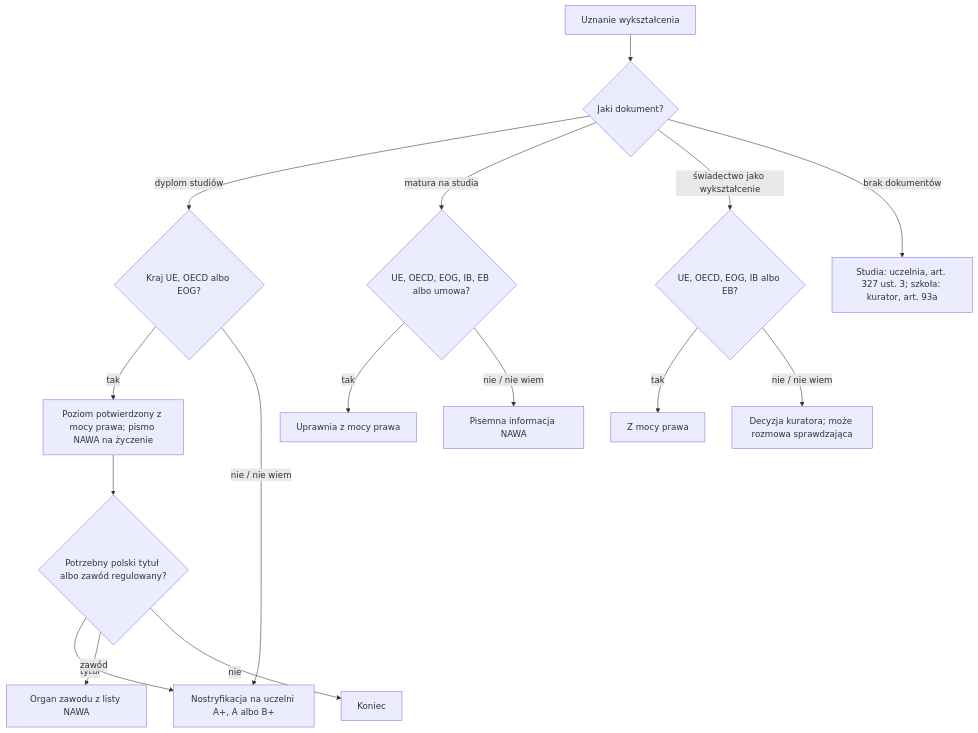
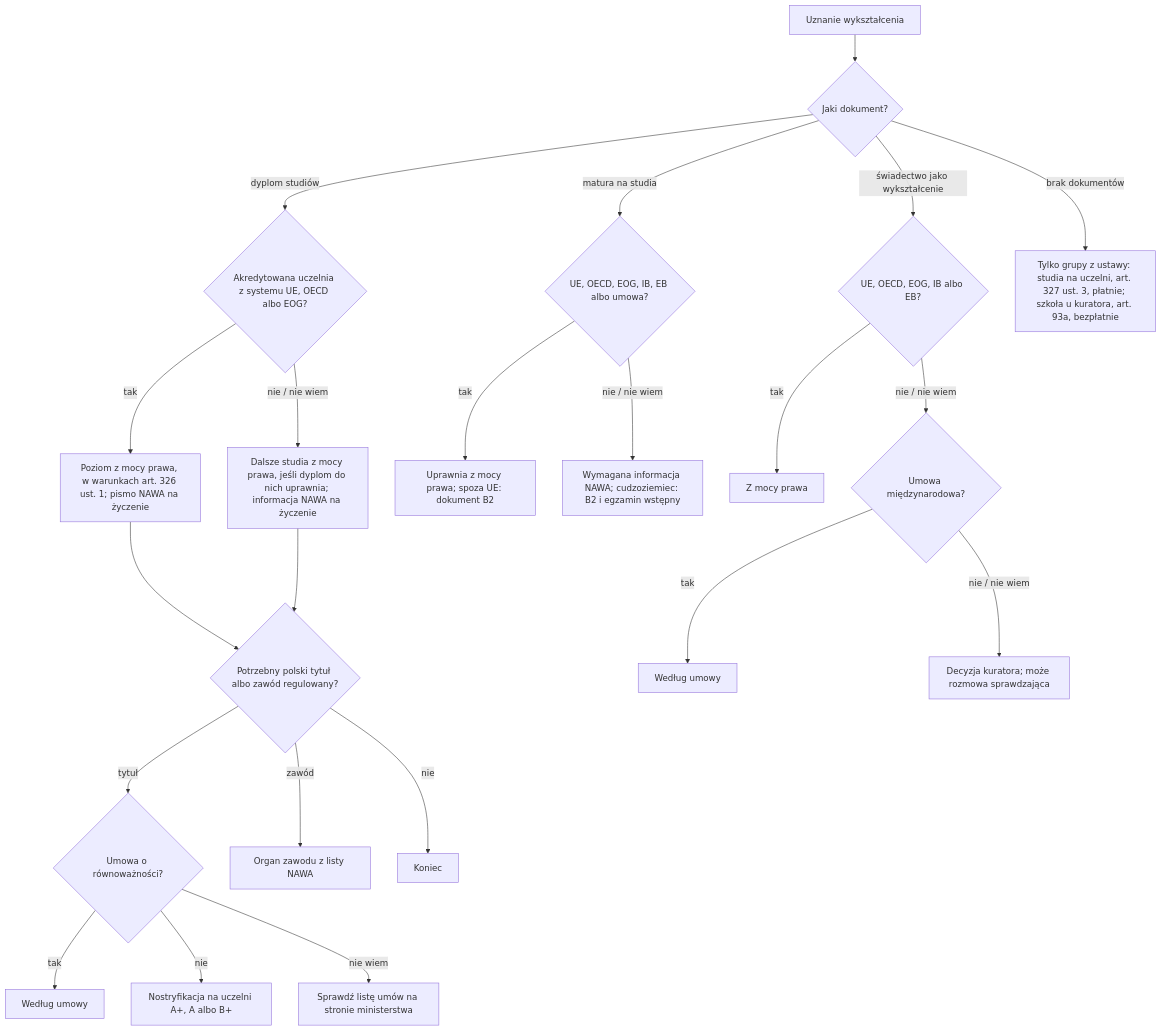
The diagram in docs/formalka-next/maps/recognition.md (wrzalkosowskilukaszz/formalka-next), drawn with Mermaid before and after one commit. The commit also changed other lines of this file and 8 other files, not shown here.

````diff
--- a/docs/formalka-next/maps/recognition.md
+++ b/docs/formalka-next/maps/recognition.md
@@ -107,18 +113,24 @@
 ```mermaid
 flowchart TD
   A[Uznanie wykształcenia] --> B{Jaki dokument?}
-  B -- dyplom studiów --> C{Kraj UE, OECD albo EOG?}
-  C -- tak --> D[Poziom potwierdzony z mocy prawa; pismo NAWA na życzenie]
+  B -- dyplom studiów --> C{Akredytowana uczelnia z systemu UE, OECD albo EOG?}
+  C -- tak --> D[Poziom z mocy prawa, w warunkach art. 326 ust. 1; pismo NAWA na życzenie]
+  C -- nie / nie wiem --> I[Dalsze studia z mocy prawa, jeśli dyplom do nich uprawnia; informacja NAWA na życzenie]
   D --> T{Potrzebny polski tytuł albo zawód regulowany?}
-  T -- tytuł --> N[Nostryfikacja na uczelni A+, A albo B+]
+  I --> T
+  T -- tytuł --> U{Umowa o równoważności?}
+  U -- tak --> U1[Według umowy]
+  U -- nie --> N[Nostryfikacja na uczelni A+, A albo B+]
+  U -- nie wiem --> UL[Sprawdź listę umów na stronie ministerstwa]
   T -- zawód --> Z[Organ zawodu z listy NAWA]
   T -- nie --> E[Koniec]
-  C -- nie / nie wiem --> N
   B -- matura na studia --> M{UE, OECD, EOG, IB, EB albo umowa?}
-  M -- tak --> M1[Uprawnia z mocy prawa]
-  M -- nie / nie wiem --> M2[Pisemna informacja NAWA]
+  M -- tak --> M1[Uprawnia z mocy prawa; spoza UE: dokument B2]
+  M -- nie / nie wiem --> M2[Wymagana informacja NAWA; cudzoziemiec: B2 i egzamin wstępny]
   B -- świadectwo jako wykształcenie --> S{UE, OECD, EOG, IB albo EB?}
   S -- tak --> S1[Z mocy prawa]
-  S -- nie / nie wiem --> S2[Decyzja kuratora; może rozmowa sprawdzająca]
-  B -- brak dokumentów --> P[Studia: uczelnia, art. 327 ust. 3; szkoła: kurator, art. 93a]
+  S -- nie / nie wiem --> SU{Umowa międzynarodowa?}
+  SU -- tak --> S3[Według umowy]
+  SU -- nie / nie wiem --> S2[Decyzja kuratora; może rozmowa sprawdzająca]
+  B -- brak dokumentów --> P[Tylko grupy z ustawy: studia na uczelni, art. 327 ust. 3, płatnie; szkoła u kuratora, art. 93a, bezpłatnie]
 ```
````
